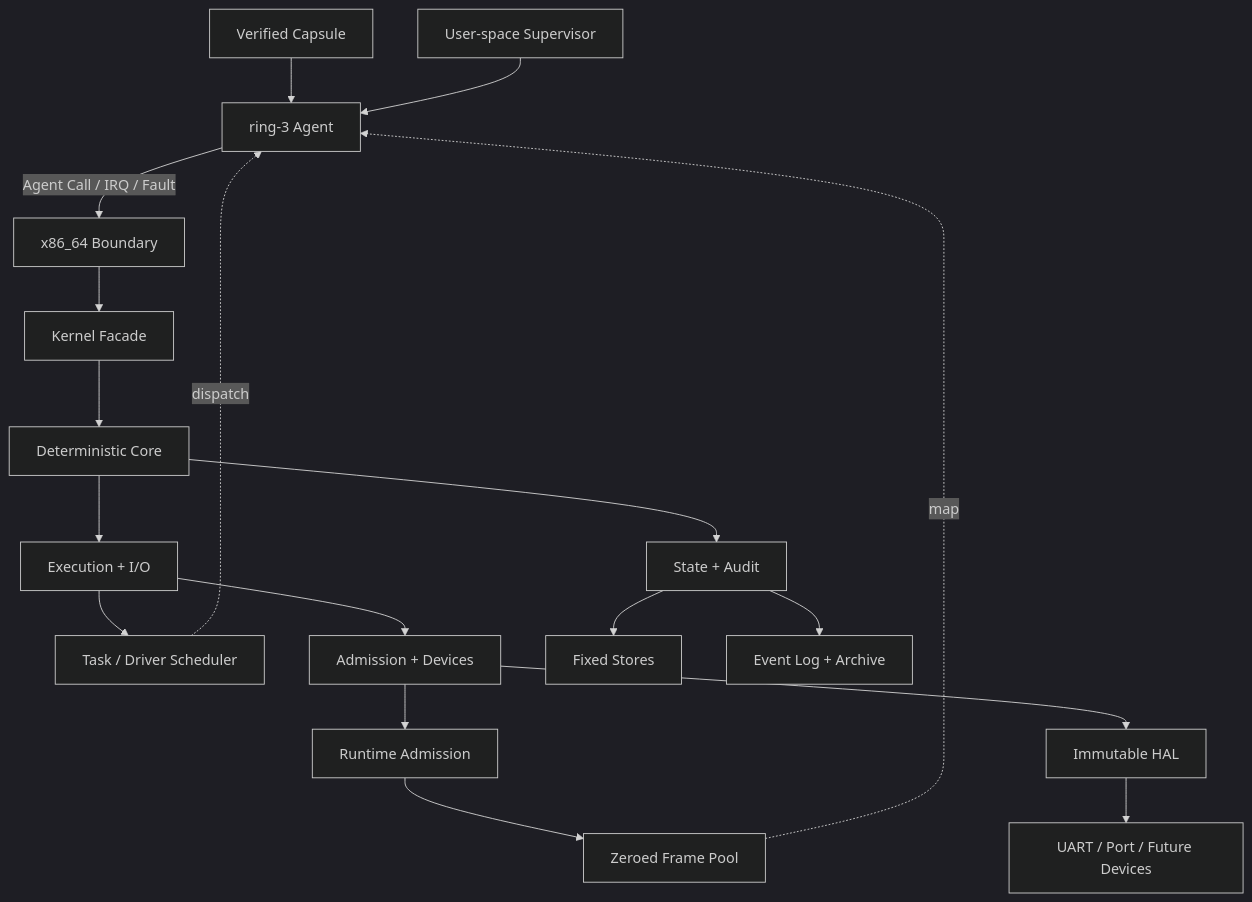
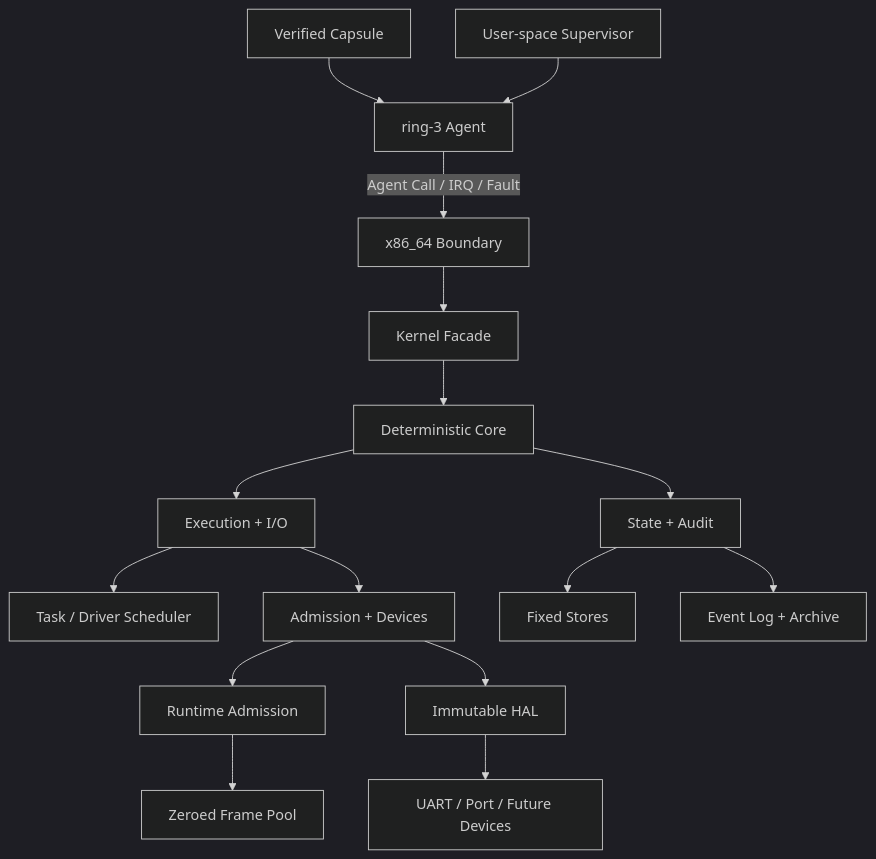
One commit to Evan-master/agent-kernel changed the diagram in README.md. Above: the diagram before and after it, drawn with Mermaid (dark theme). The commit also changed 1 other file, not shown here.

Commit message:
docs: simplify readme architecture topology

````diff
--- a/README.md
+++ b/README.md
@@ -100,22 +100,20 @@
 ```mermaid
 flowchart TB
     Capsule["Verified Capsule"] --> Ring3["ring-3 Agent"]
     Supervisor["User-space Supervisor"] --> Ring3
     Ring3 -->|"Agent Call / IRQ / Fault"| X86["x86_64 Boundary"]
     X86 --> Facade["Kernel Facade"]
     Facade --> Core["Deterministic Core"]
 
     Core --> Runtime["Execution + I/O"]
     Core --> State["State + Audit"]
 
     Runtime --> Scheduler["Task / Driver Scheduler"]
     Runtime --> Services["Admission + Devices"]
     Services --> Broker["Runtime Admission"]
     Services --> HAL["Immutable HAL"]
     Broker --> Frames["Zeroed Frame Pool"]
     HAL --> Hardware["UART / Port / Future Devices"]
     State --> Stores["Fixed Stores"]
     State --> Events["Event Log + Archive"]
-    Scheduler -.->|dispatch| Ring3
-    Frames -.->|map| Ring3
 ```
````
